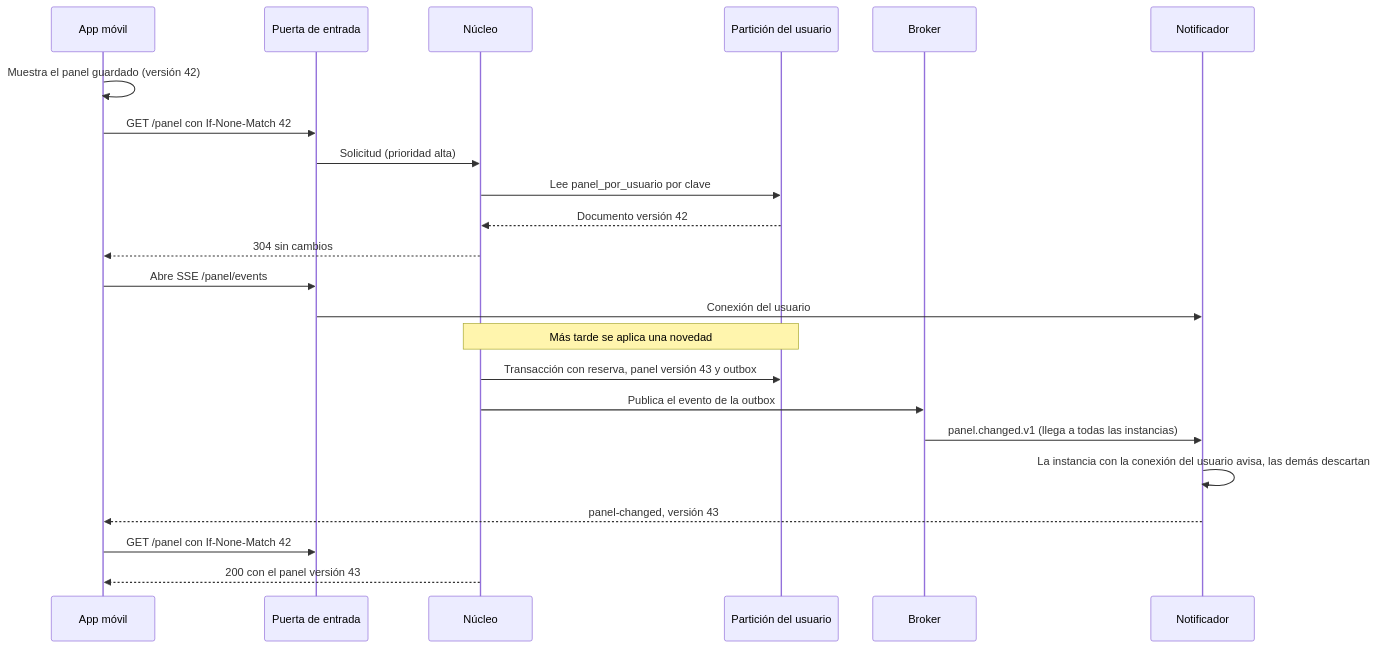
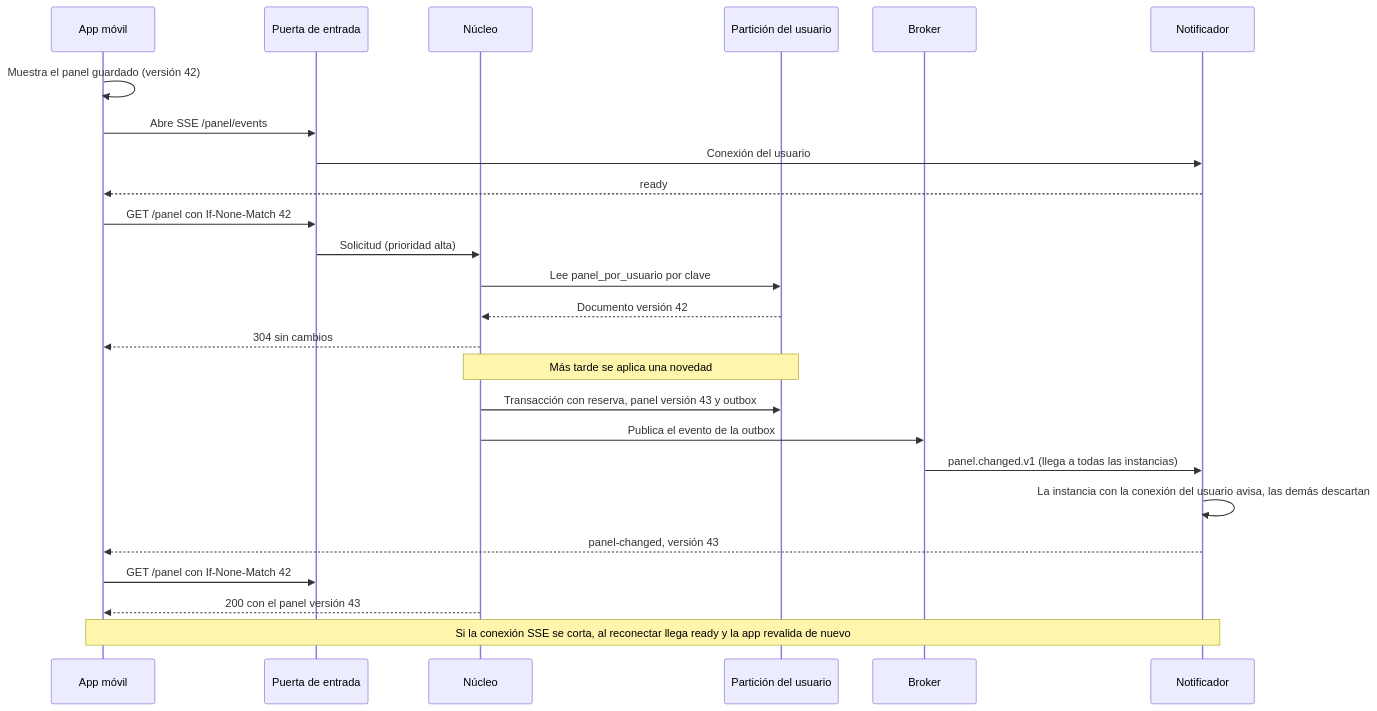
One commit to TadeoBrun1/TPE_software changed the first of 3 diagrams in trotamundos/docs/02-views/sequence-views.md. Above: the diagram before and after it, drawn with Mermaid. The commit also changed other lines of this file and 9 other files, not shown here.

````diff
--- a/trotamundos/docs/02-views/sequence-views.md
+++ b/trotamundos/docs/02-views/sequence-views.md
@@ -29,25 +29,27 @@
 ```mermaid
 sequenceDiagram
     participant App as App móvil
     participant G as Puerta de entrada
     participant N as Núcleo
     participant DB as Partición del usuario
     participant B as Broker
     participant NT as Notificador
     App->>App: Muestra el panel guardado (versión 42)
+    App->>G: Abre SSE /panel/events
+    G->>NT: Conexión del usuario
+    NT-->>App: ready
     App->>G: GET /panel con If-None-Match 42
     G->>N: Solicitud (prioridad alta)
     N->>DB: Lee panel_por_usuario por clave
     DB-->>N: Documento versión 42
     N-->>App: 304 sin cambios
-    App->>G: Abre SSE /panel/events
-    G->>NT: Conexión del usuario
     Note over N,DB: Más tarde se aplica una novedad
     N->>DB: Transacción con reserva, panel versión 43 y outbox
     N->>B: Publica el evento de la outbox
     B->>NT: panel.changed.v1 (llega a todas las instancias)
     NT->>NT: La instancia con la conexión del usuario avisa, las demás descartan
     NT-->>App: panel-changed, versión 43
     App->>G: GET /panel con If-None-Match 42
     N-->>App: 200 con el panel versión 43
+    Note over App,NT: Si la conexión SSE se corta, al reconectar llega ready y la app revalida de nuevo
 ```
````
